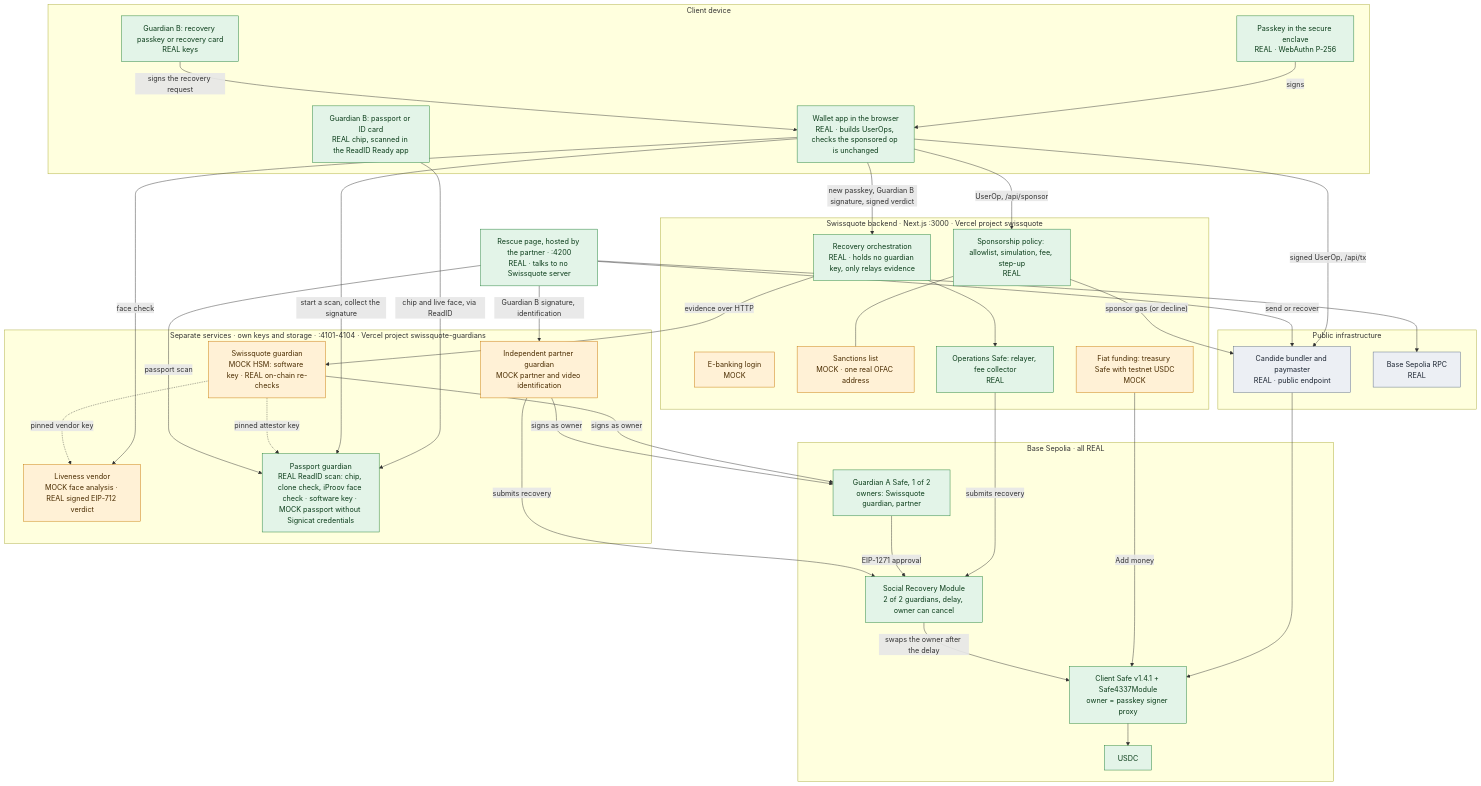
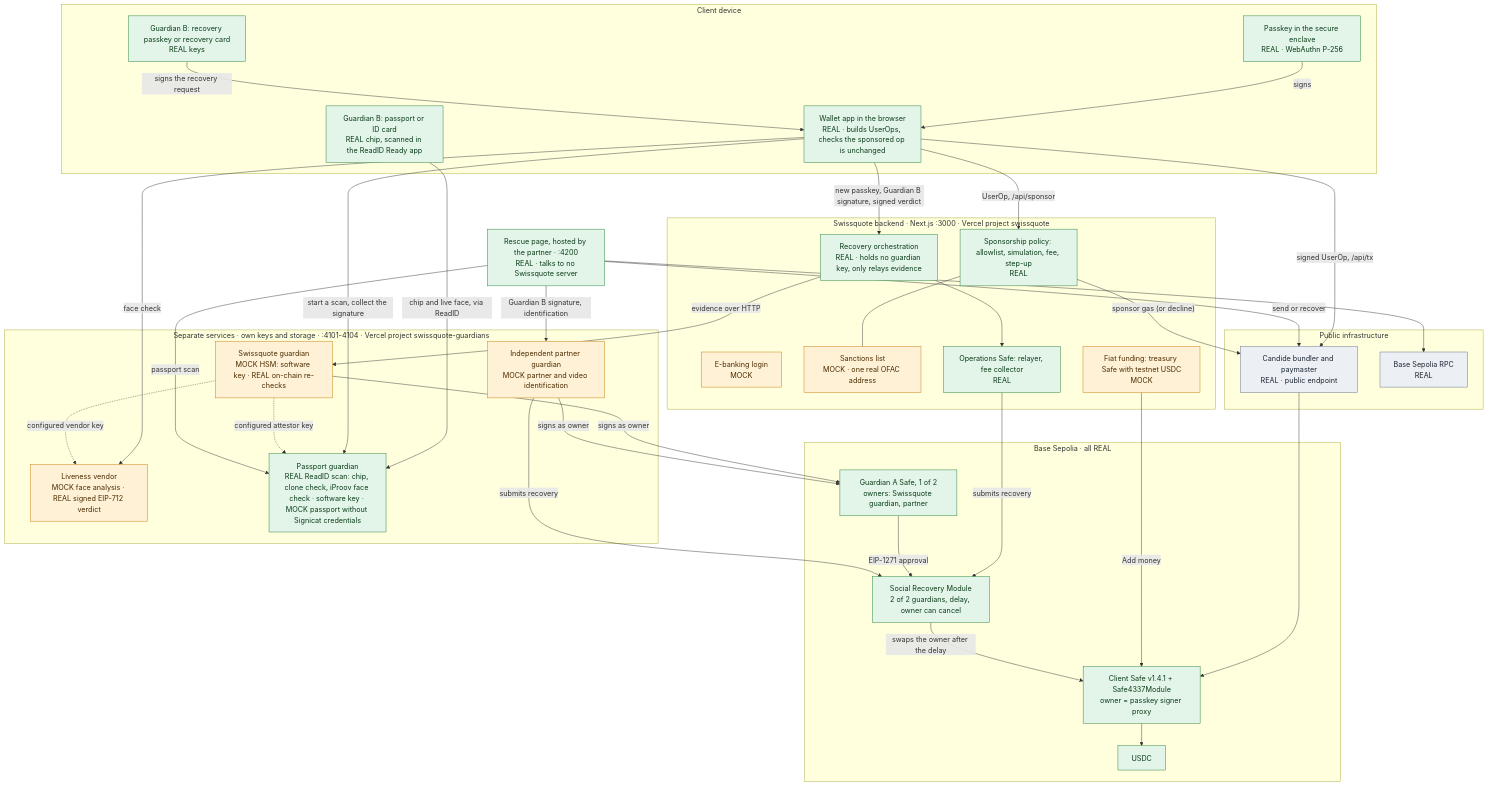
The diagram in README.md (HugoPaj/BSA_Hackathon_HA), drawn with Mermaid before and after one commit. The commit also changed other lines of this file and 15 other files, not shown here.

````diff
--- a/README.md
+++ b/README.md
@@ -89,73 +97,73 @@
 ```mermaid
 flowchart TB
   classDef real fill:#e3f4e8,stroke:#1e7e34,color:#0b3d1a
   classDef mock fill:#fff1d6,stroke:#c77700,color:#4a2c00
   classDef ext fill:#eceff4,stroke:#5b6b84,color:#1d2633
 
   subgraph DEV["Client device"]
     PK["Passkey in the secure enclave<br/>REAL · WebAuthn P-256"]:::real
     APP["Wallet app in the browser<br/>REAL · builds UserOps, checks the sponsored op is unchanged"]:::real
     GB["Guardian B: recovery passkey or recovery card<br/>REAL keys"]:::real
     PASS["Guardian B: passport or ID card<br/>REAL chip, scanned in the ReadID Ready app"]:::real
   end
 
   subgraph SQ["Swissquote backend · Next.js :3000 · Vercel project swissquote"]
     LOGIN["E-banking login<br/>MOCK"]:::mock
     POL["Sponsorship policy: allowlist, simulation, fee, step-up<br/>REAL"]:::real
     SANC["Sanctions list<br/>MOCK · one real OFAC address"]:::mock
     REC["Recovery orchestration<br/>REAL · holds no guardian key, only relays evidence"]:::real
     OPS["Operations Safe: relayer, fee collector<br/>REAL"]:::real
     FIAT["Fiat funding: treasury Safe with testnet USDC<br/>MOCK"]:::mock
   end
 
   subgraph SVC["Separate services · own keys and storage · :4101-4104 · Vercel project swissquote-guardians"]
     SQG["Swissquote guardian<br/>MOCK HSM: software key · REAL on-chain re-checks"]:::mock
     LIV["Liveness vendor<br/>MOCK face analysis · REAL signed EIP-712 verdict"]:::mock
     PG["Independent partner guardian<br/>MOCK partner and video identification"]:::mock
     PPG["Passport guardian<br/>REAL ReadID scan: chip, clone check, iProov face check · software key · MOCK passport without Signicat credentials"]:::real
   end
 
   RESCUE["Rescue page, hosted by the partner · :4200<br/>REAL · talks to no Swissquote server"]:::real
 
   subgraph PUB["Public infrastructure"]
     BUN["Candide bundler and paymaster<br/>REAL · public endpoint"]:::ext
     RPC["Base Sepolia RPC<br/>REAL"]:::ext
   end
 
   subgraph CHAIN["Base Sepolia · all REAL"]
     SAFE["Client Safe v1.4.1 + Safe4337Module<br/>owner = passkey signer proxy"]:::real
     SRM["Social Recovery Module<br/>2 of 2 guardians, delay, owner can cancel"]:::real
     GA["Guardian A Safe, 1 of 2<br/>owners: Swissquote guardian, partner"]:::real
     USDC["USDC"]:::real
   end
 
   PK -->|signs| APP
   APP -->|"UserOp, /api/sponsor"| POL
   POL --- SANC
   POL -->|"sponsor gas (or decline)"| BUN
   APP -->|"signed UserOp, /api/tx"| BUN
   BUN --> SAFE
   SAFE --> USDC
   FIAT -->|Add money| SAFE
 
   GB -->|signs the recovery request| APP
   PASS -->|"chip and live face, via ReadID"| PPG
   APP -->|"start a scan, collect the signature"| PPG
   APP -->|face check| LIV
   APP -->|"new passkey, Guardian B signature, signed verdict"| REC
   REC -->|evidence over HTTP| SQG
-  SQG -.->|pinned vendor key| LIV
-  SQG -.->|pinned attestor key| PPG
+  SQG -.->|configured vendor key| LIV
+  SQG -.->|configured attestor key| PPG
   SQG -->|signs as owner| GA
   REC --> OPS
   OPS -->|submits recovery| SRM
   GA -->|"EIP-1271 approval"| SRM
   SRM -->|"swaps the owner after the delay"| SAFE
 
   RESCUE -->|send or recover| BUN
   RESCUE --> RPC
   RESCUE -->|"Guardian B signature, identification"| PG
   RESCUE -->|passport scan| PPG
   PG -->|signs as owner| GA
   PG -->|submits recovery| SRM
 ```
````
